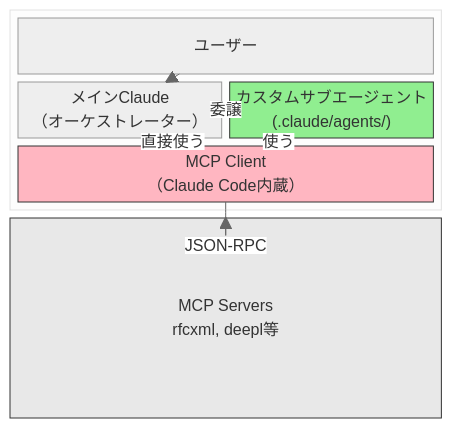
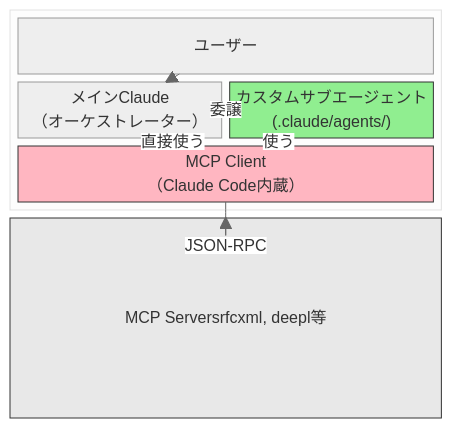
The first of 2 diagrams in docs/agents/what-is-subagent.ja.md (shuji-bonji/ai-agent-architecture), drawn with Mermaid (neutral theme) before and after one commit. The commit also changed other lines of this file and 16 other files, not shown here.

````diff
--- a/docs/agents/what-is-subagent.ja.md
+++ b/docs/agents/what-is-subagent.ja.md
@@ -65,23 +65,23 @@
 ```mermaid
 block-beta
     columns 2
 
     block:CLAUDE_CODE:2
         columns 2
         USER["ユーザー"]:2
         MAIN["メインClaude\n（オーケストレーター）"]:1 SUBAGENT["カスタムサブエージェント\n(.claude/agents/)"]:1
         MCP_CLIENT["MCP Client\n（Claude Code内蔵）"]:2
     end
 
-    MCP_SERVERS["MCP Servers\nrfcxml, deepl等"]:2
+    MCP_SERVERS["MCP Servers<bn>rfcxml, deepl等"]:2
 
     USER --> MAIN
     MAIN --"委譲"--> SUBAGENT
     SUBAGENT --"使う"--> MCP_CLIENT
     MAIN --"直接使う"--> MCP_CLIENT
     MCP_CLIENT --"JSON-RPC"--> MCP_SERVERS
 
     style MCP_CLIENT fill:#FFB6C1,color:#333,stroke:#333
     style SUBAGENT fill:#90EE90,color:#333,stroke:#333
     style MCP_SERVERS fill:#E8E8E8,color:#333,stroke:#333
 ```
````
